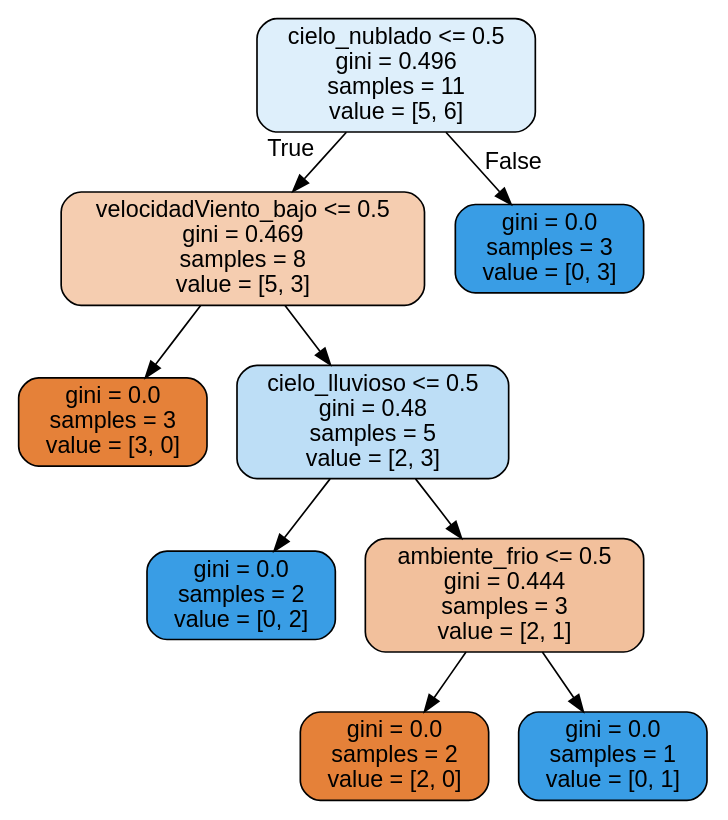
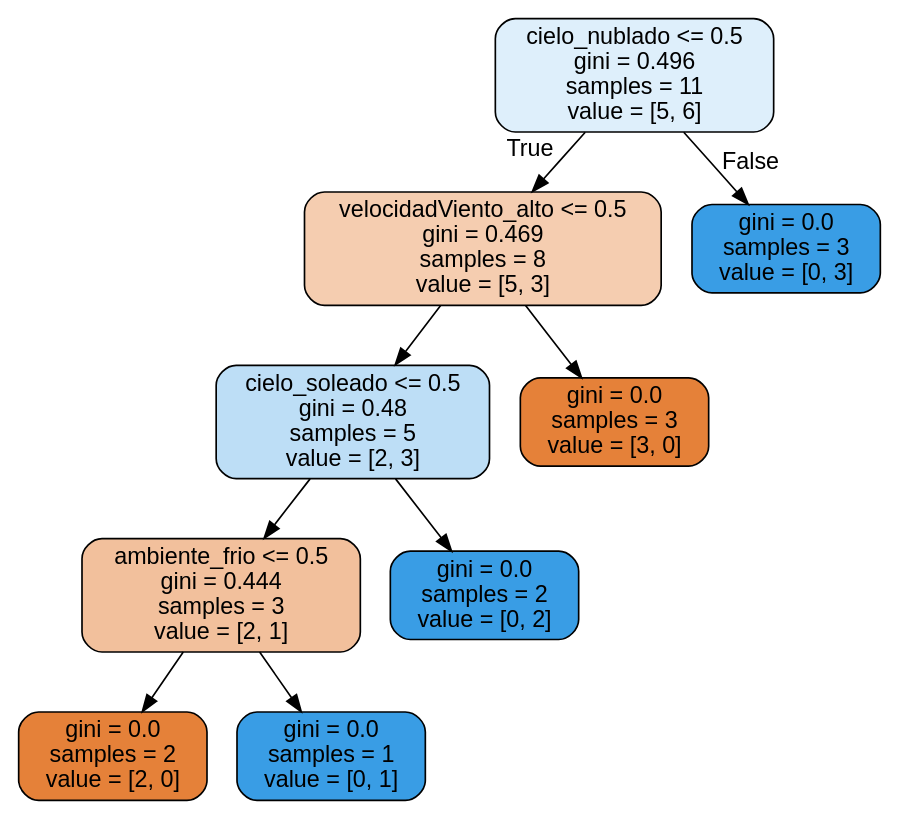
Before and after one commit to EnzoLivelli2000/-rbol-Decisiones: the diagram in Source.gv, drawn with Graphviz. The commit also changed 6 other files, not shown here.

```diff
--- a/Source.gv
+++ b/Source.gv
@@ -1,21 +1,21 @@
 digraph Tree {
 node [shape=box, style="filled, rounded", color="black", fontname=helvetica] ;
 edge [fontname=helvetica] ;
 0 [label="cielo_nublado <= 0.5\ngini = 0.496\nsamples = 11\nvalue = [5, 6]", fillcolor="#deeffb"] ;
-1 [label="velocidadViento_bajo <= 0.5\ngini = 0.469\nsamples = 8\nvalue = [5, 3]", fillcolor="#f5cdb0"] ;
+1 [label="velocidadViento_alto <= 0.5\ngini = 0.469\nsamples = 8\nvalue = [5, 3]", fillcolor="#f5cdb0"] ;
 0 -> 1 [labeldistance=2.5, labelangle=45, headlabel="True"] ;
-2 [label="gini = 0.0\nsamples = 3\nvalue = [3, 0]", fillcolor="#e58139"] ;
+2 [label="cielo_soleado <= 0.5\ngini = 0.48\nsamples = 5\nvalue = [2, 3]", fillcolor="#bddef6"] ;
 1 -> 2 ;
-3 [label="cielo_lluvioso <= 0.5\ngini = 0.48\nsamples = 5\nvalue = [2, 3]", fillcolor="#bddef6"] ;
-1 -> 3 ;
-4 [label="gini = 0.0\nsamples = 2\nvalue = [0, 2]", fillcolor="#399de5"] ;
+3 [label="ambiente_frio <= 0.5\ngini = 0.444\nsamples = 3\nvalue = [2, 1]", fillcolor="#f2c09c"] ;
+2 -> 3 ;
+4 [label="gini = 0.0\nsamples = 2\nvalue = [2, 0]", fillcolor="#e58139"] ;
 3 -> 4 ;
-5 [label="ambiente_frio <= 0.5\ngini = 0.444\nsamples = 3\nvalue = [2, 1]", fillcolor="#f2c09c"] ;
+5 [label="gini = 0.0\nsamples = 1\nvalue = [0, 1]", fillcolor="#399de5"] ;
 3 -> 5 ;
-6 [label="gini = 0.0\nsamples = 2\nvalue = [2, 0]", fillcolor="#e58139"] ;
-5 -> 6 ;
-7 [label="gini = 0.0\nsamples = 1\nvalue = [0, 1]", fillcolor="#399de5"] ;
-5 -> 7 ;
+6 [label="gini = 0.0\nsamples = 2\nvalue = [0, 2]", fillcolor="#399de5"] ;
+2 -> 6 ;
+7 [label="gini = 0.0\nsamples = 3\nvalue = [3, 0]", fillcolor="#e58139"] ;
+1 -> 7 ;
 8 [label="gini = 0.0\nsamples = 3\nvalue = [0, 3]", fillcolor="#399de5"] ;
 0 -> 8 [labeldistance=2.5, labelangle=-45, headlabel="False"] ;
 }
```
